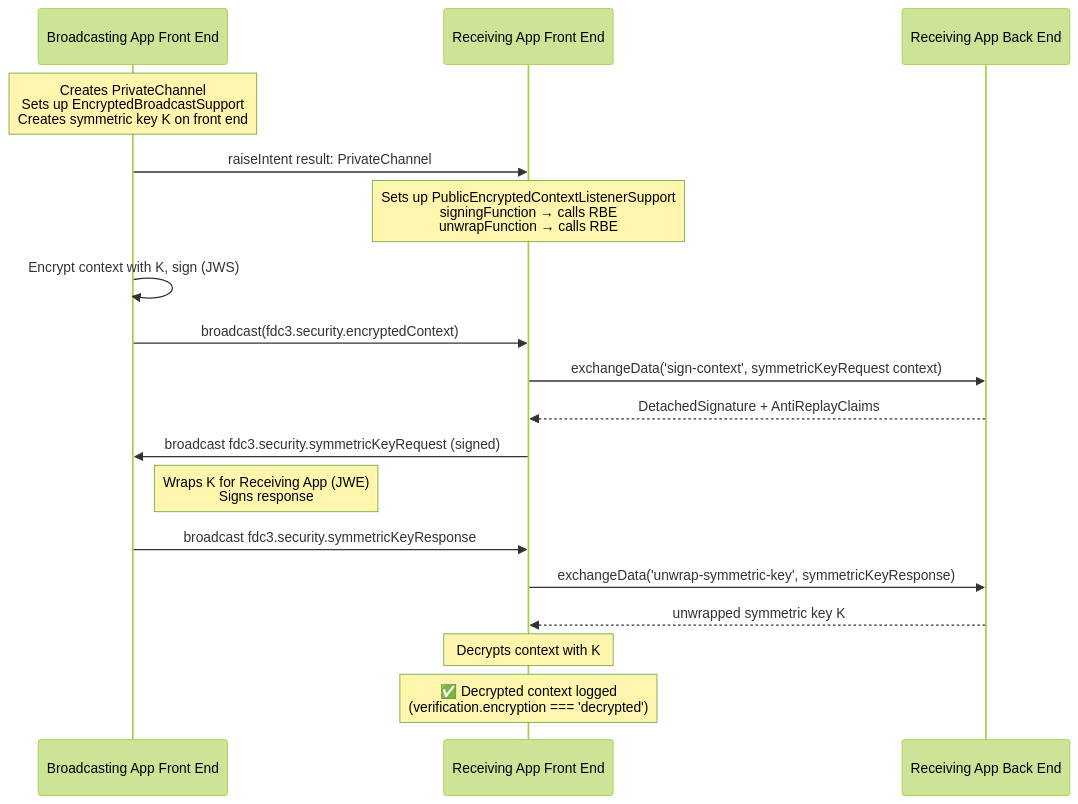
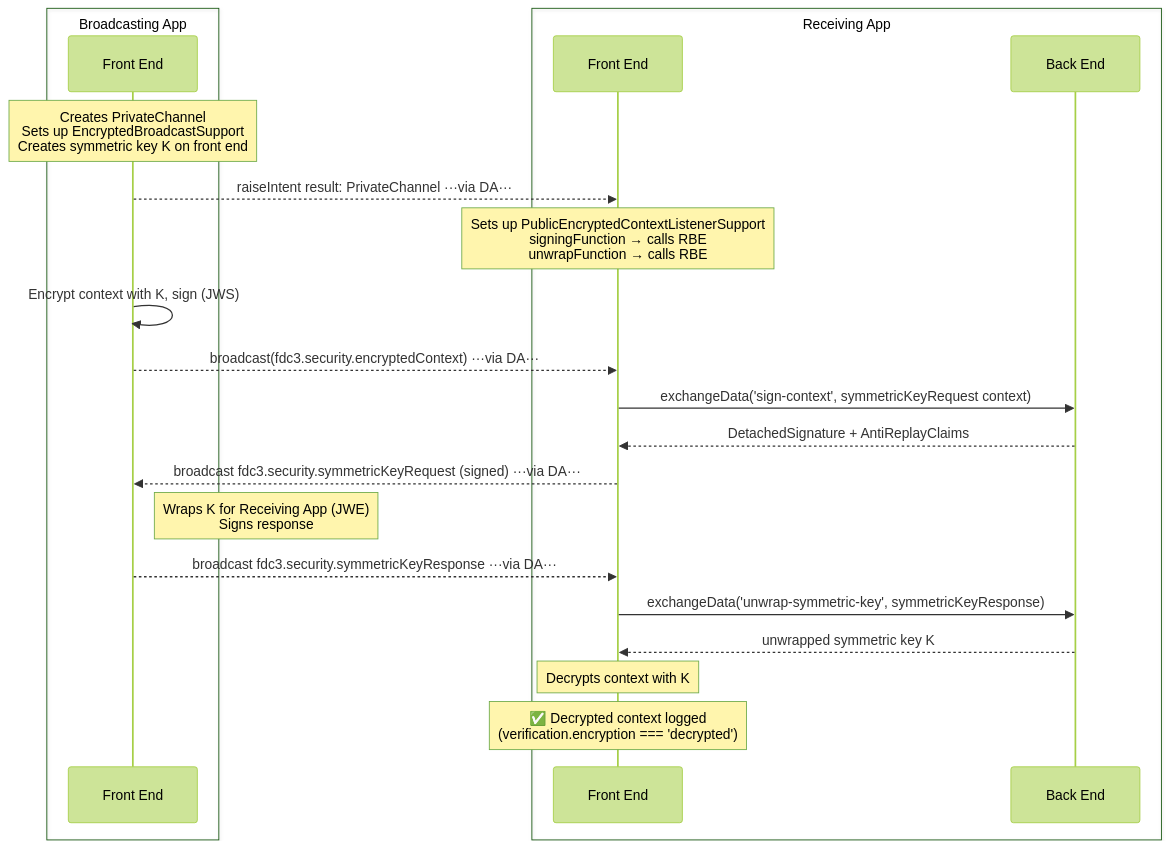
One commit to finos/FDC3 changed the second of 5 diagrams in packages/fdc3-security/samples/README.md. Above: the diagram before and after it, drawn with Mermaid (forest theme). The commit also changed other lines of this file, not shown here.

Commit message:
Correcting the Backend Encrypted Channel Example diagram in the fdc3-security samples readme

````diff
--- a/packages/fdc3-security/samples/README.md
+++ b/packages/fdc3-security/samples/README.md
@@ -76,27 +89,31 @@
 ```mermaid
 sequenceDiagram
-    participant BFE as Broadcasting App Front End
-    participant RFE as Receiving App Front End
-    participant RBE as Receiving App Back End
+    box Broadcasting App
+        participant BFE as Front End
+    end
+    box Receiving App
+        participant RFE as Front End
+        participant RBE as Back End
+    end
 
     Note over BFE: Creates PrivateChannel<br/>Sets up EncryptedBroadcastSupport<br/>Creates symmetric key K on front end
 
-    BFE->>RFE: raiseIntent result: PrivateChannel
+    BFE-->>RFE: raiseIntent result: PrivateChannel ···via DA···
     Note over RFE: Sets up PublicEncryptedContextListenerSupport<br/>signingFunction → calls RBE<br/>unwrapFunction → calls RBE
 
     BFE->>BFE: Encrypt context with K, sign (JWS)
-    BFE->>RFE: broadcast(fdc3.security.encryptedContext)
+    BFE-->>RFE: broadcast(fdc3.security.encryptedContext) ···via DA···
 
     RFE->>RBE: exchangeData('sign-context', symmetricKeyRequest context)
     RBE-->>RFE: DetachedSignature + AntiReplayClaims
-    RFE->>BFE: broadcast fdc3.security.symmetricKeyRequest (signed)
+    RFE-->>BFE: broadcast fdc3.security.symmetricKeyRequest (signed) ···via DA···
 
     Note right of BFE: Wraps K for Receiving App (JWE)<br/>Signs response
-    BFE->>RFE: broadcast fdc3.security.symmetricKeyResponse
+    BFE-->>RFE: broadcast fdc3.security.symmetricKeyResponse ···via DA···
 
     RFE->>RBE: exchangeData('unwrap-symmetric-key', symmetricKeyResponse)
     RBE-->>RFE: unwrapped symmetric key K
 
     Note over RFE: Decrypts context with K
     Note over RFE: ✅ Decrypted context logged<br/>(verification.encryption === 'decrypted')
 ```
````
